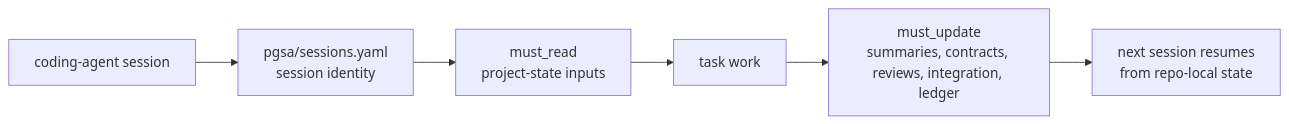
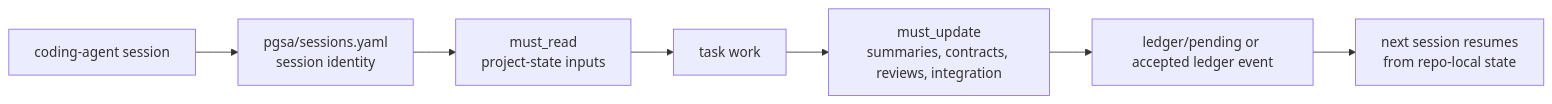
One commit to genforAI/pgsa-harness changed the first of 2 diagrams in README.md. Above: the diagram before and after it, drawn with Mermaid. The commit also changed other lines of this file, not shown here.

Commit message:
Restructure README and clarify ledger boundary

````diff
--- a/README.md
+++ b/README.md
@@ -29,8 +105,9 @@
 ```mermaid
 flowchart LR
   A["coding-agent session"] --> B["pgsa/sessions.yaml<br/>session identity"]
   B --> C["must_read<br/>project-state inputs"]
   C --> D["task work"]
-  D --> E["must_update<br/>summaries, contracts, reviews, integration, ledger"]
-  E --> F["next session resumes<br/>from repo-local state"]
+  D --> E["must_update<br/>summaries, contracts, reviews, integration"]
+  E --> F["ledger/pending or accepted ledger event"]
+  F --> G["next session resumes<br/>from repo-local state"]
 ```
````
